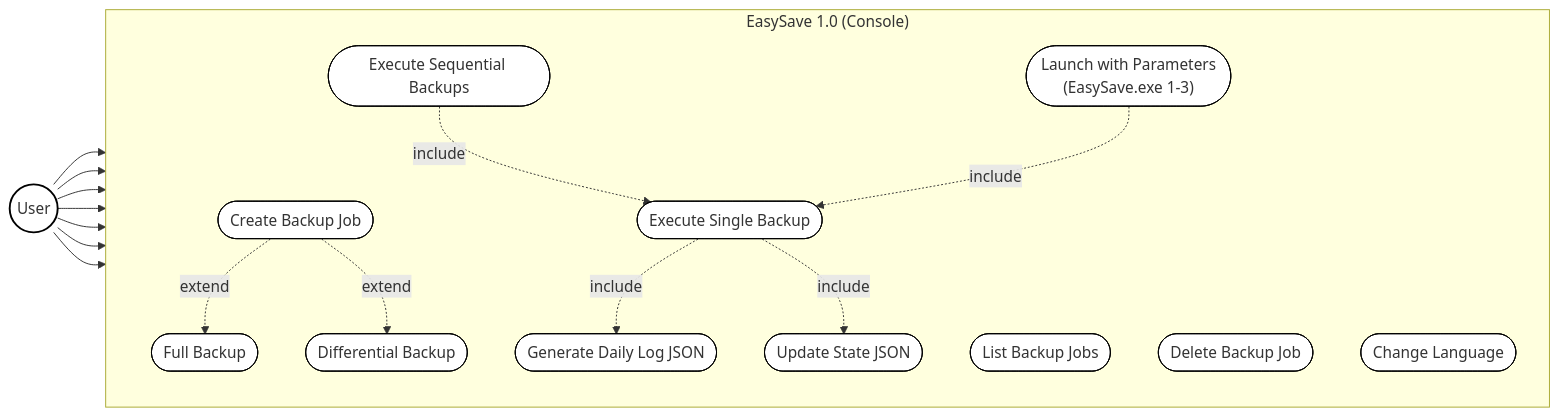
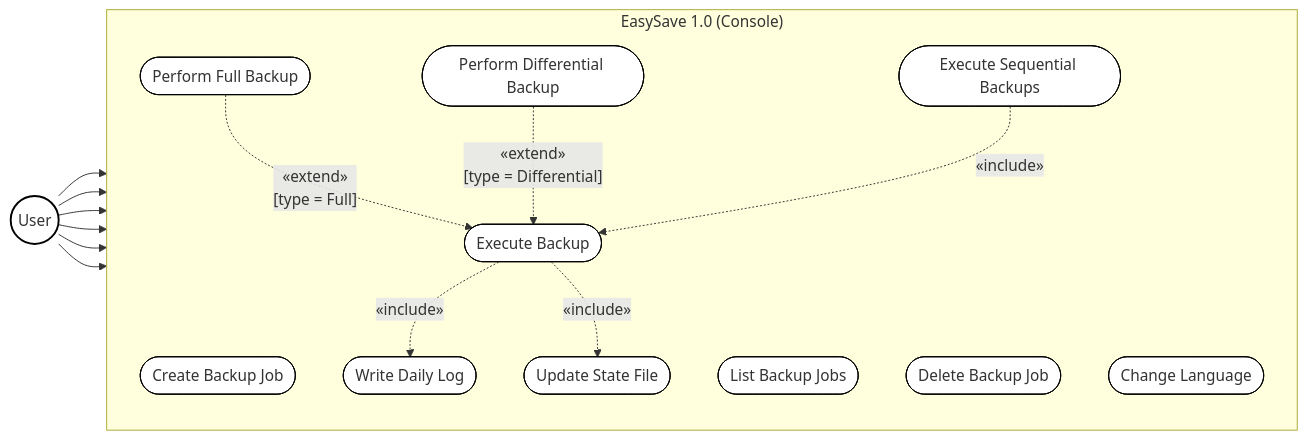
One commit to Groupe1-Prosoft/EasySave changed the first of 8 diagrams in Diagrams/UML.md. Above: the diagram before and after it, drawn with Mermaid. The commit also changed other lines of this file, not shown here.

First line of the commit message:
Refactor UML diagrams for EasySave 1.0

````diff
--- a/Diagrams/UML.md
+++ b/Diagrams/UML.md
@@ -8,44 +10,41 @@
 ```mermaid
 ---
 config:
   layout: dagre
 ---
 flowchart LR
  subgraph S["EasySave 1.0 (Console)"]
     direction TB
         UC_Create(["Create Backup Job"])
         UC_List(["List Backup Jobs"])
-        UC_Exec(["Execute Single Backup"])
+        UC_Exec(["Execute Backup"])
         UC_ExecSeq(["Execute Sequential Backups"])
         UC_Del(["Delete Backup Job"])
         UC_Lang(["Change Language"])
-        UC_CLI(["Launch with Parameters<br/>(EasySave.exe 1-3)"])
-        UC_Full(["Full Backup"])
-        UC_Diff(["Differential Backup"])
-        UC_Log(["Generate Daily Log JSON"])
-        UC_State(["Update State JSON"])
+        UC_Full(["Perform Full Backup"])
+        UC_Diff(["Perform Differential Backup"])
+        UC_Log(["Write Daily Log"])
+        UC_State(["Update State File"])
   end
-    U(("User")) --> UC_Create & UC_List & UC_Exec & UC_ExecSeq & UC_Del & UC_Lang & UC_CLI
-    UC_Create -. extend .-> UC_Full
-    UC_Create -. extend .-> UC_Diff
-    UC_Exec -. include .-> UC_Log & UC_State
-    UC_ExecSeq -. include .-> UC_Exec
-    UC_CLI -. include .-> UC_Exec
+    U(("User")) --> UC_Create & UC_List & UC_Exec & UC_ExecSeq & UC_Del & UC_Lang
+    UC_Full -. "«extend»<br/>[type = Full]" .-> UC_Exec
+    UC_Diff -. "«extend»<br/>[type = Differential]" .-> UC_Exec
+    UC_Exec -. "«include»" .-> UC_Log
+    UC_Exec -. "«include»" .-> UC_State
+    UC_ExecSeq -. "«include»" .-> UC_Exec
 
      UC_Create:::caseStyle
      UC_List:::caseStyle
      UC_Exec:::caseStyle
      UC_ExecSeq:::caseStyle
      UC_Del:::caseStyle
      UC_Lang:::caseStyle
-     UC_CLI:::caseStyle
      UC_Full:::caseStyle
      UC_Diff:::caseStyle
      UC_Log:::caseStyle
      UC_State:::caseStyle
      U:::actorStyle
     classDef actorStyle fill:#fff,stroke:#000,stroke-width:2px
     classDef caseStyle fill:#fff,stroke:#000,stroke-width:1px,rx:20,ry:20
 
-
 ```
````
